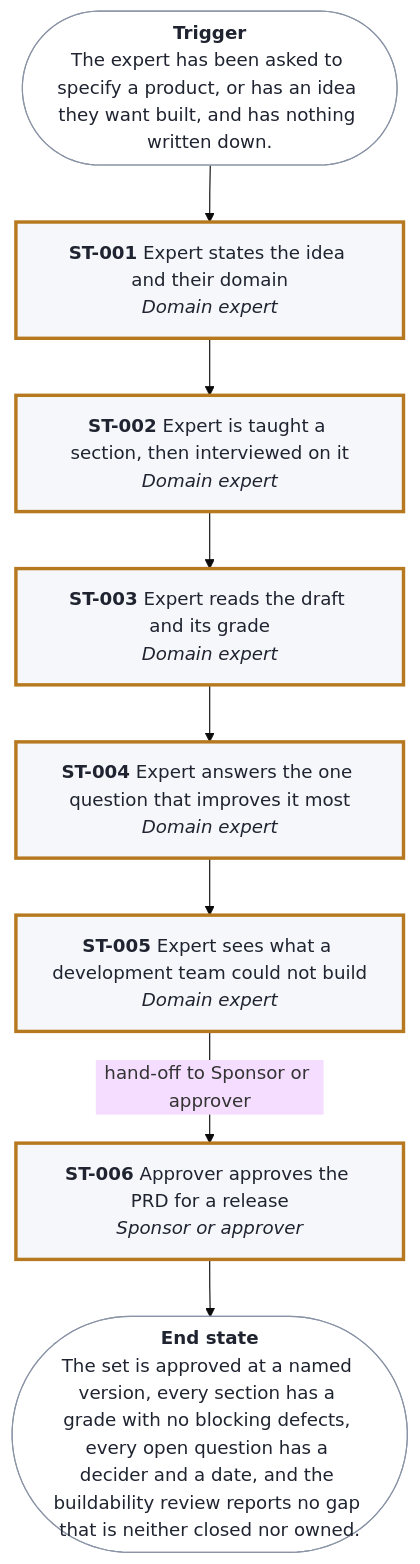
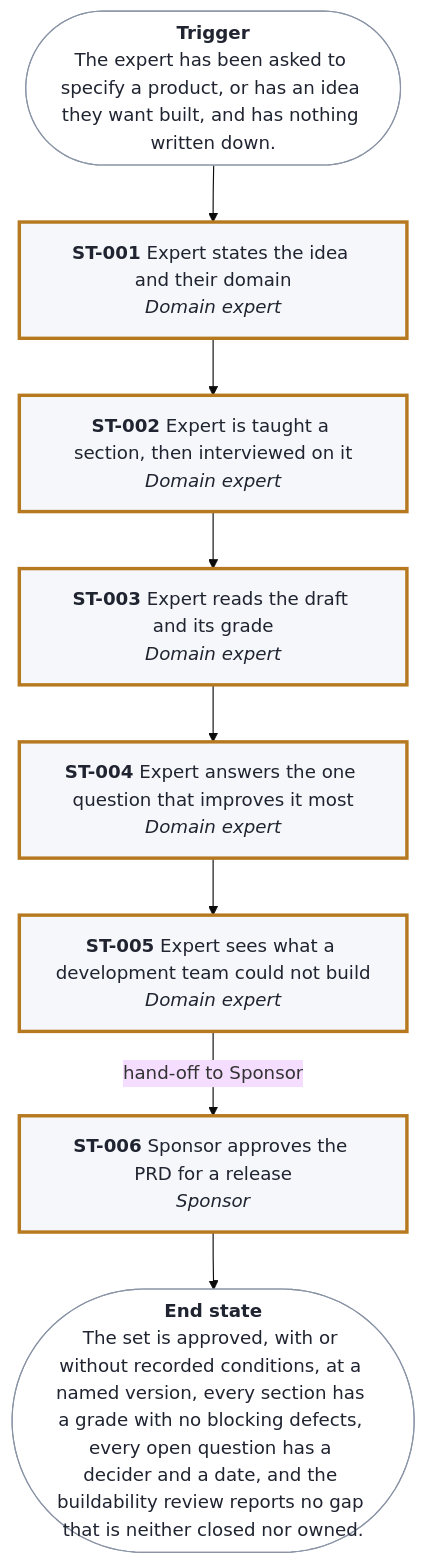
The diagram in docs/prd/prd-forge/diagrams/J-001.mmd (SpillwaveSolutions/prd-forge), drawn with Mermaid (base theme) before and after one commit. The commit also changed 59 other files, not shown here.

```diff
--- a/docs/prd/prd-forge/diagrams/J-001.mmd
+++ b/docs/prd/prd-forge/diagrams/J-001.mmd
@@ -1,24 +1,24 @@
 %% Generated by prd-diagrams.mjs from the journey front matter. Do not edit.
 %%{init: {"flowchart": {"wrappingWidth": 280}}}%%
 flowchart TB
   start(["<b>Trigger</b><br/>The expert has been asked to specify a product, or has an idea they want built, and has nothing written down."])
   ST001["<b>ST-001</b> Expert states the idea and their domain<br/><i>Domain expert</i>"]
   ST002["<b>ST-002</b> Expert is taught a section, then interviewed on it<br/><i>Domain expert</i>"]
   ST003["<b>ST-003</b> Expert reads the draft and its grade<br/><i>Domain expert</i>"]
   ST004["<b>ST-004</b> Expert answers the one question that improves it most<br/><i>Domain expert</i>"]
   ST005["<b>ST-005</b> Expert sees what a development team could not build<br/><i>Domain expert</i>"]
-  ST006["<b>ST-006</b> Approver approves the PRD for a release<br/><i>Sponsor or approver</i>"]
-  done(["<b>End state</b><br/>The set is approved at a named version, every section has a grade with no blocking defects, every open question has a decider and a date, and the buildability review reports no gap that is neither closed nor owned."])
+  ST006["<b>ST-006</b> Sponsor approves the PRD for a release<br/><i>Sponsor</i>"]
+  done(["<b>End state</b><br/>The set is approved, with or without recorded conditions, at a named version, every section has a grade with no blocking defects, every open question has a decider and a date, and the buildability review reports no gap that is neither closed nor owned."])
   start --> ST001
   ST001 --> ST002
   ST002 --> ST003
   ST003 --> ST004
   ST004 --> ST005
-  ST005 -->|"hand-off to Sponsor or approver"| ST006
+  ST005 -->|"hand-off to Sponsor"| ST006
   ST006 --> done
   classDef stage fill:#F5F7FA,stroke:#8A94A6,color:#1F2430
   classDef ends fill:#FFFFFF,stroke:#8A94A6,color:#1F2430
   class ST001,ST002,ST003,ST004,ST005,ST006 stage
   class start,done ends
   classDef golden stroke:#B7791F,stroke-width:3px
   class ST001,ST002,ST003,ST004,ST005,ST006 golden
```
